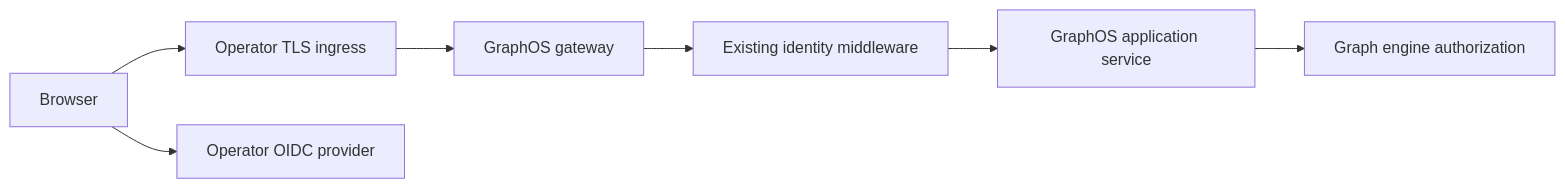
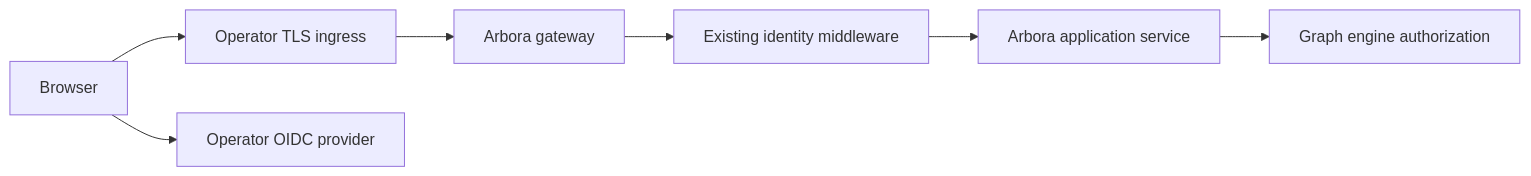
The diagram in specs/public-ingress-identity/plan.md (Knuckles-Team/arbora), drawn with Mermaid before and after one commit. The commit also changed other lines of this file and 1682 other files, not shown here.

First line of the commit message:
refactor: rename the graph-os project to arbora

````diff
--- a/specs/public-ingress-identity/plan.md
+++ b/specs/public-ingress-identity/plan.md
@@ -15,9 +15,9 @@
 ```mermaid
 flowchart LR
   Browser --> Ingress[Operator TLS ingress]
-  Ingress --> Gateway[GraphOS gateway]
+  Ingress --> Gateway[Arbora gateway]
   Gateway --> Admission[Existing identity middleware]
-  Admission --> Service[GraphOS application service]
+  Admission --> Service[Arbora application service]
   Service --> Engine[Graph engine authorization]
   Browser --> IdP[Operator OIDC provider]
 ```
````
